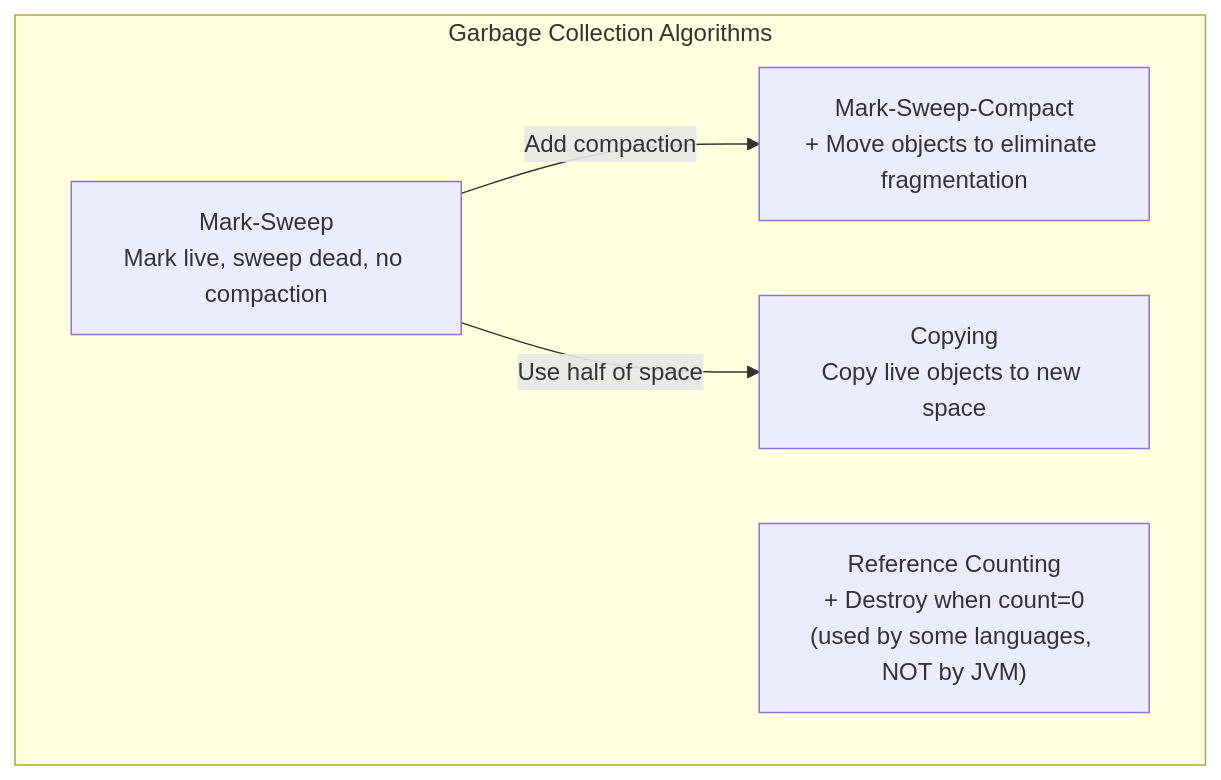
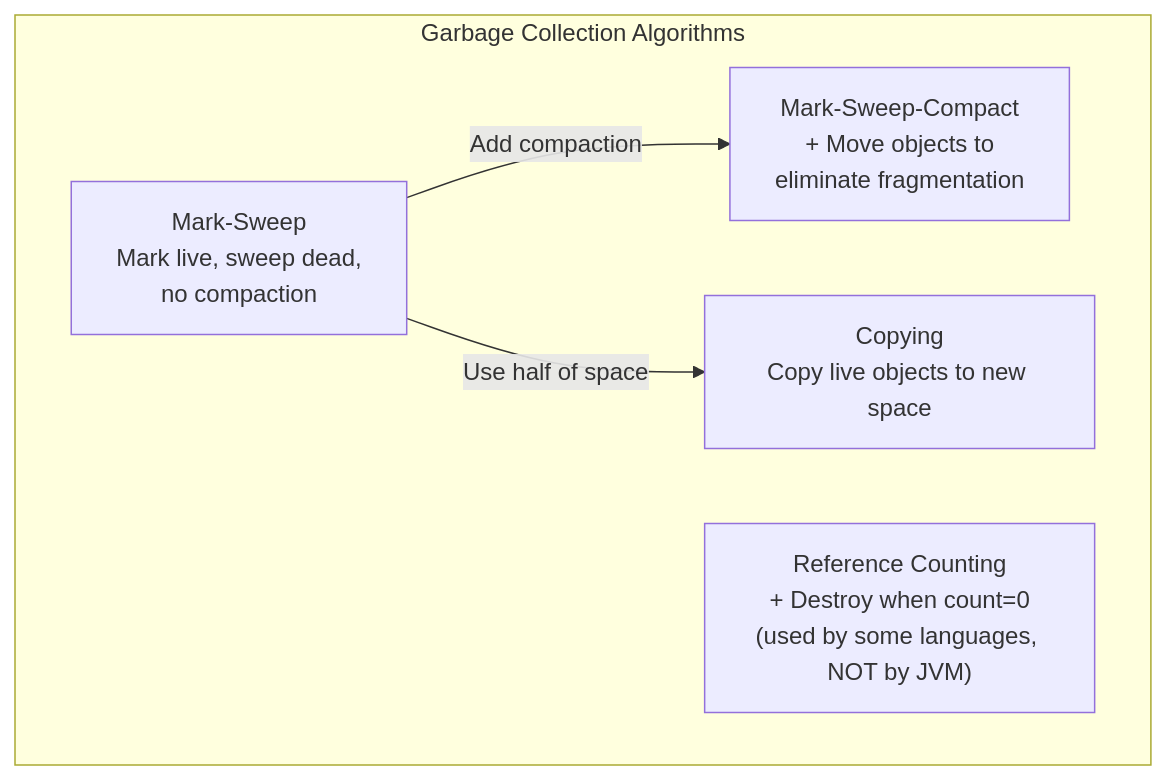
One commit to Mrnobody102/it-interview-prep changed the fourth of 6 diagrams in src/content/en/backend/java/java-core/jvm-gc.md. Above: the diagram before and after it, drawn with Mermaid. The commit also changed other lines of this file and 31 other files, not shown here.

First line of the commit message:
feat: add syntax highlighting for code blocks and fix Mermaid syntax errors

````diff
--- a/src/content/en/backend/java/java-core/jvm-gc.md
+++ b/src/content/en/backend/java/java-core/jvm-gc.md
@@ -392,12 +392,12 @@
 ```mermaid
 flowchart TD
     subgraph GCS["Garbage Collection Algorithms"]
-        SM["Mark-Sweep\nMark live, sweep dead, no compaction"]
-        SC["Mark-Sweep-Compact\n+ Move objects to eliminate fragmentation"]
-        COP["Copying\nCopy live objects to new space"]
-        REF["Reference Counting\n+ Destroy when count=0\n(used by some languages, NOT by JVM)"]
+        SM["Mark-Sweep<br/>Mark live, sweep dead,<br/>no compaction"]
+        SC["Mark-Sweep-Compact<br/>+ Move objects to<br/>eliminate fragmentation"]
+        COP["Copying<br/>Copy live objects to new space"]
+        REF["Reference Counting<br/>+ Destroy when count=0<br/>(used by some languages, NOT by JVM)"]
     end
 
     SM -->|"Add compaction"| SC
     SM -->|"Use half of space"| COP
 ```
````
